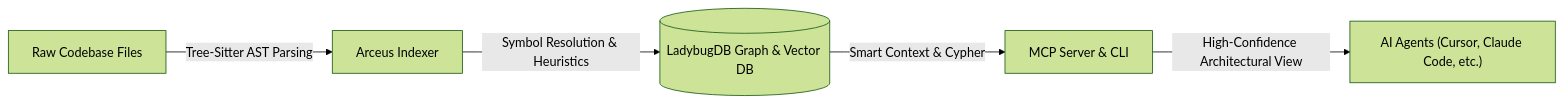
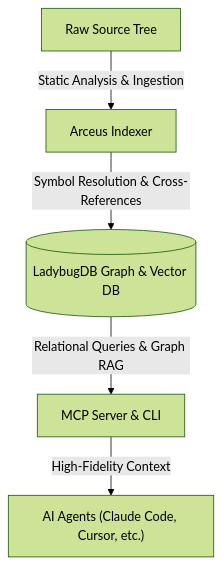
The diagram in README.md (Sirius6907/Arceus), drawn with Mermaid (forest theme) before and after one commit. The commit also changed other lines of this file and 1 other file, not shown here.

````diff
--- a/README.md
+++ b/README.md
@@ -7,7 +7,7 @@
 ```mermaid
-flowchart LR
-    CodeBase["Raw Codebase Files"] -->|"Tree-Sitter AST Parsing"| Indexer["Arceus Indexer"]
-    Indexer -->|"Symbol Resolution & Heuristics"| LadybugDB[("LadybugDB Graph & Vector DB")]
-    LadybugDB -->|"Smart Context & Cypher"| MCPServer["MCP Server & CLI"]
-    MCPServer -->|"High-Confidence Architectural View"| AIAgent["AI Agents (Cursor, Claude Code, etc.)"]
+flowchart TD
+    Source["Raw Source Tree"] -->|"Static Analysis & Ingestion"| Engine["Arceus Indexer"]
+    Engine -->|"Symbol Resolution & Cross-References"| GraphDB[("LadybugDB Graph & Vector DB")]
+    GraphDB -->|"Relational Queries & Graph RAG"| MCP["MCP Server & CLI"]
+    MCP -->|"High-Fidelity Context"| Agents["AI Agents (Claude Code, Cursor, etc.)"]
 ```
````
